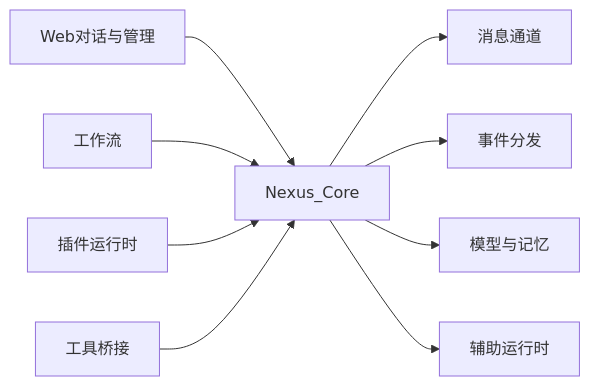
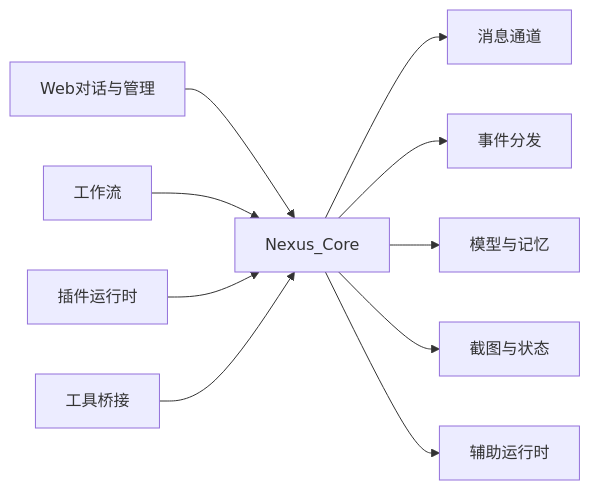
One commit to fengyun0608/Fengyun-Nexus changed the diagram in docs/product/fishbone.md. Above: the diagram before and after it, drawn with Mermaid. The commit also changed other lines of this file and 18 other files, not shown here.

````diff
--- a/docs/product/fishbone.md
+++ b/docs/product/fishbone.md
@@ -18,12 +19,13 @@
 ```mermaid
 flowchart LR
   spine[Nexus_Core]
   webUI[Web对话与管理] --> spine
   workflow[工作流] --> spine
   pluginSys[插件运行时] --> spine
   tools[工具桥接] --> spine
   spine --> channel[消息通道]
   spine --> bus[事件分发]
   spine --> llm[模型与记忆]
+  spine --> shot[截图与状态]
   spine --> workers[辅助运行时]
 ```
````
